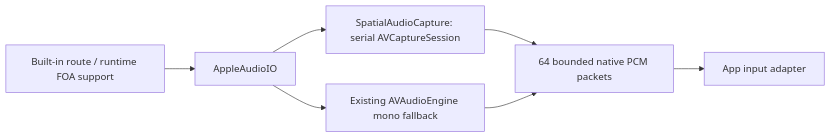
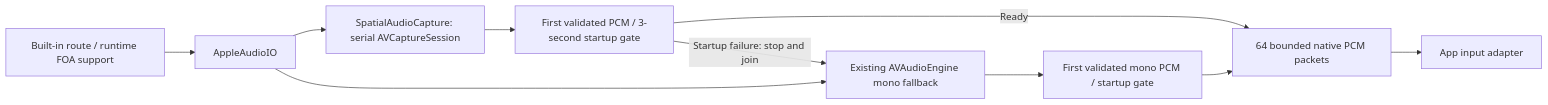
One commit to devilyouwei/MobileHarness changed the fourth of 4 diagrams in MobileHarness/PlatformKit/Audio/README.md. Above: the diagram before and after it, drawn with Mermaid. The commit also changed other lines of this file and 70 other files, not shown here.

````diff
--- a/MobileHarness/PlatformKit/Audio/README.md
+++ b/MobileHarness/PlatformKit/Audio/README.md
@@ -74,9 +76,12 @@
 ```mermaid
 flowchart LR
     Capability[Built-in route / runtime FOA support] --> Select[AppleAudioIO]
     Select --> FOA[SpatialAudioCapture: serial AVCaptureSession]
-    Select --> Mono[Existing AVAudioEngine mono fallback]
-    FOA --> Frames[64 bounded native PCM packets]
-    Mono --> Frames
+    FOA --> Check[First validated PCM / 3-second startup gate]
+    Check -->|Ready| Frames[64 bounded native PCM packets]
+    Check -->|Startup failure: stop and join| Mono[Existing AVAudioEngine mono fallback]
+    Select --> Mono
+    Mono --> MonoCheck[First validated mono PCM / startup gate]
+    MonoCheck --> Frames
     Frames --> App[App input adapter]
 ```
````
